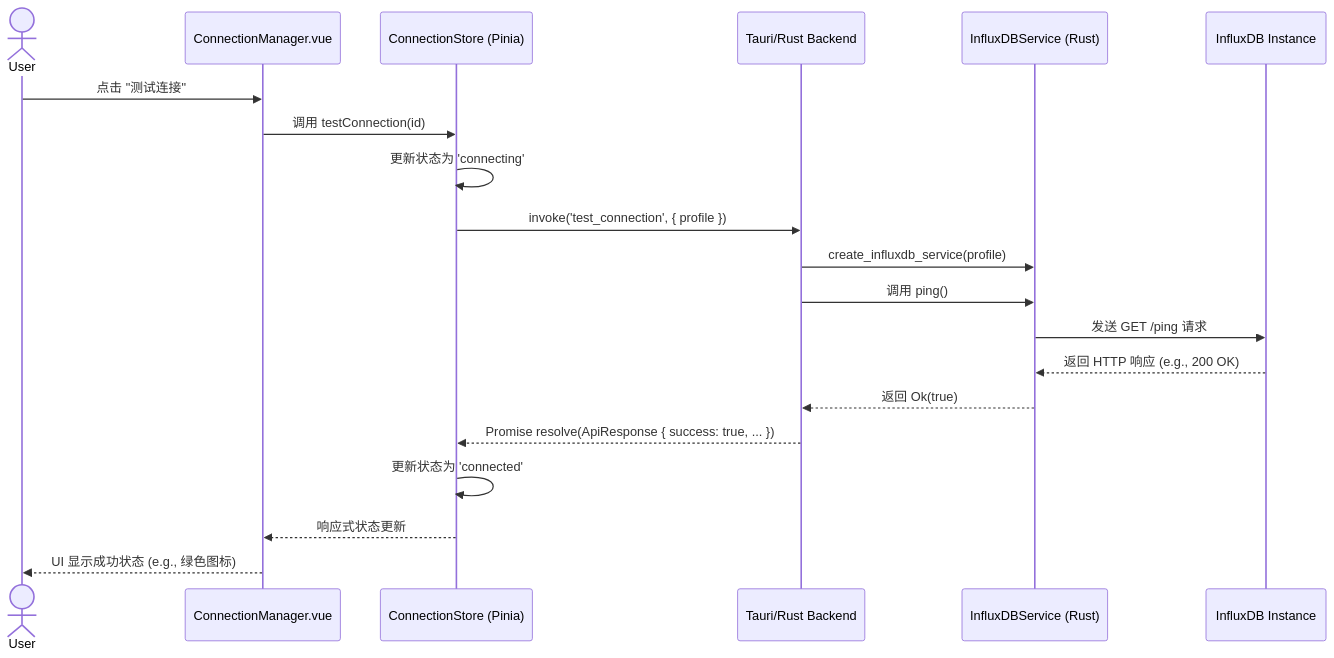
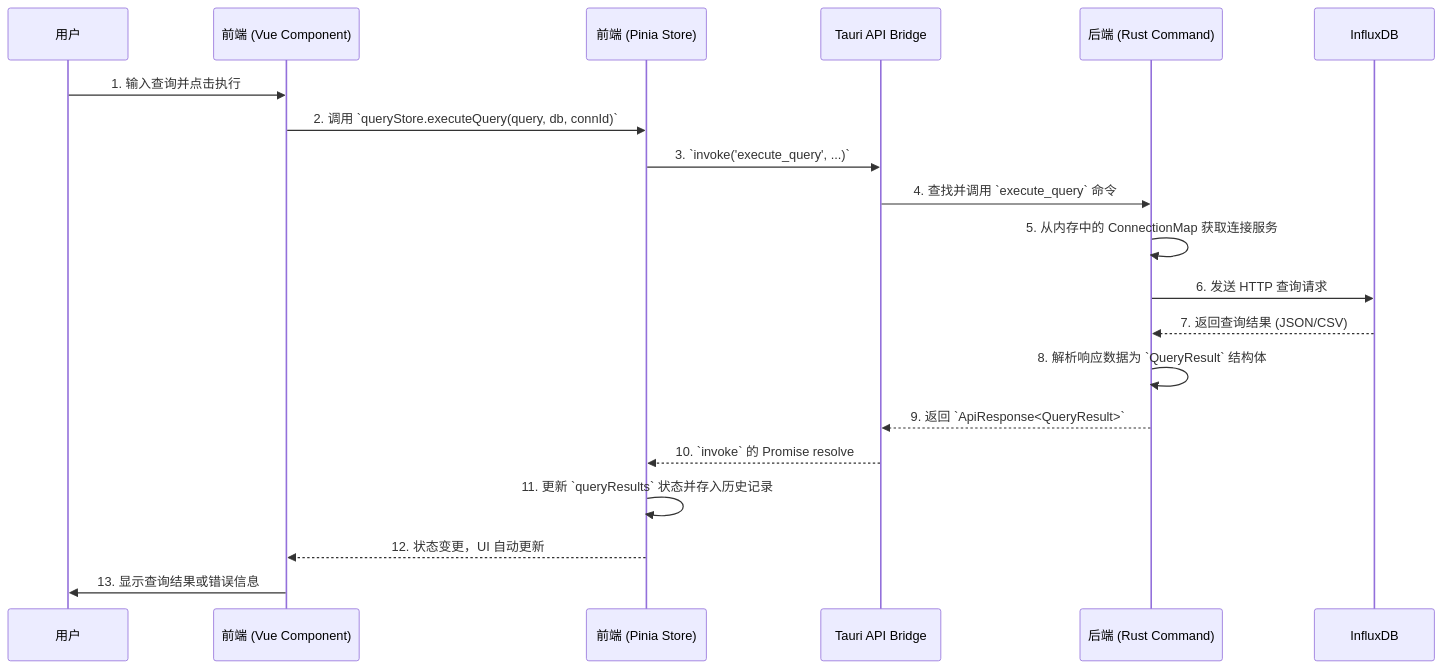
The second of 2 diagrams in Tech.md (janson653/influxdb-studio), drawn with Mermaid before and after one commit. The commit also changed other lines of this file and 1 other file, not shown here.

Commit message:
更新 InfluxDB Studio 技术架构文档，修正项目名称并优化整体架构描述；增强前后端通信和数据流的说明，明确各模块的职责和依赖关系；更新 GitHub Actions 工作流，添加 AppStream 安装步骤以支持 Flatpak 构建。

````diff
--- a/Tech.md
+++ b/Tech.md
@@ -98,23 +64,26 @@
 ```mermaid
 sequenceDiagram
-    actor User
-    participant CM as ConnectionManager.vue
-    participant CS as ConnectionStore (Pinia)
-    participant TR as Tauri/Rust Backend
-    participant IS as InfluxDBService (Rust)
-    participant DB as InfluxDB Instance
+    participant User as 用户
+    participant FE_Vue as 前端 (Vue Component)
+    participant FE_Pinia as 前端 (Pinia Store)
+    participant BE_Tauri as Tauri API Bridge
+    participant BE_Rust as 后端 (Rust Command)
+    participant InfluxDB
 
-    User->>CM: 点击 "测试连接"
-    CM->>CS: 调用 testConnection(id)
-    CS->>CS: 更新状态为 'connecting'
-    CS->>TR: invoke('test_connection', { profile })
-    TR->>IS: create_influxdb_service(profile)
-    TR->>IS: 调用 ping()
-    IS->>DB: 发送 GET /ping 请求
-    DB-->>IS: 返回 HTTP 响应 (e.g., 200 OK)
-    IS-->>TR: 返回 Ok(true)
-    TR-->>CS: Promise resolve(ApiResponse { success: true, ... })
-    CS->>CS: 更新状态为 'connected'
-    CS-->>CM: 响应式状态更新
-    CM-->>User: UI 显示成功状态 (e.g., 绿色图标)
+    User->>FE_Vue: 1. 输入查询并点击执行
+    FE_Vue->>FE_Pinia: 2. 调用 `queryStore.executeQuery(query, db, connId)`
+    FE_Pinia->>BE_Tauri: 3. `invoke('execute_query', ...)`
+    BE_Tauri->>BE_Rust: 4. 查找并调用 `execute_query` 命令
+    
+    BE_Rust->>BE_Rust: 5. 从内存中的 ConnectionMap 获取连接服务
+    BE_Rust->>InfluxDB: 6. 发送 HTTP 查询请求
+    InfluxDB-->>BE_Rust: 7. 返回查询结果 (JSON/CSV)
+    
+    BE_Rust->>BE_Rust: 8. 解析响应数据为 `QueryResult` 结构体
+    BE_Rust-->>BE_Tauri: 9. 返回 `ApiResponse<QueryResult>`
+    BE_Tauri-->>FE_Pinia: 10. `invoke` 的 Promise resolve
+    
+    FE_Pinia->>FE_Pinia: 11. 更新 `queryResults` 状态并存入历史记录
+    FE_Pinia-->>FE_Vue: 12. 状态变更，UI 自动更新
+    FE_Vue->>User: 13. 显示查询结果或错误信息
 ```
````
